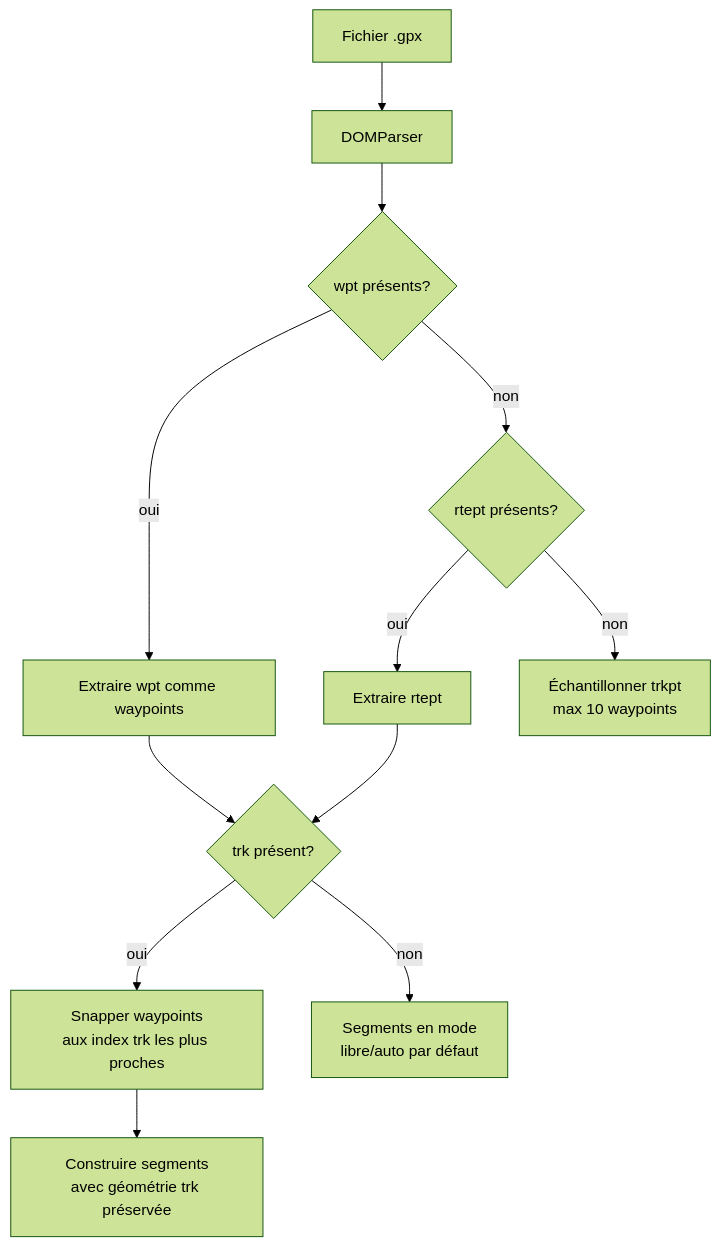
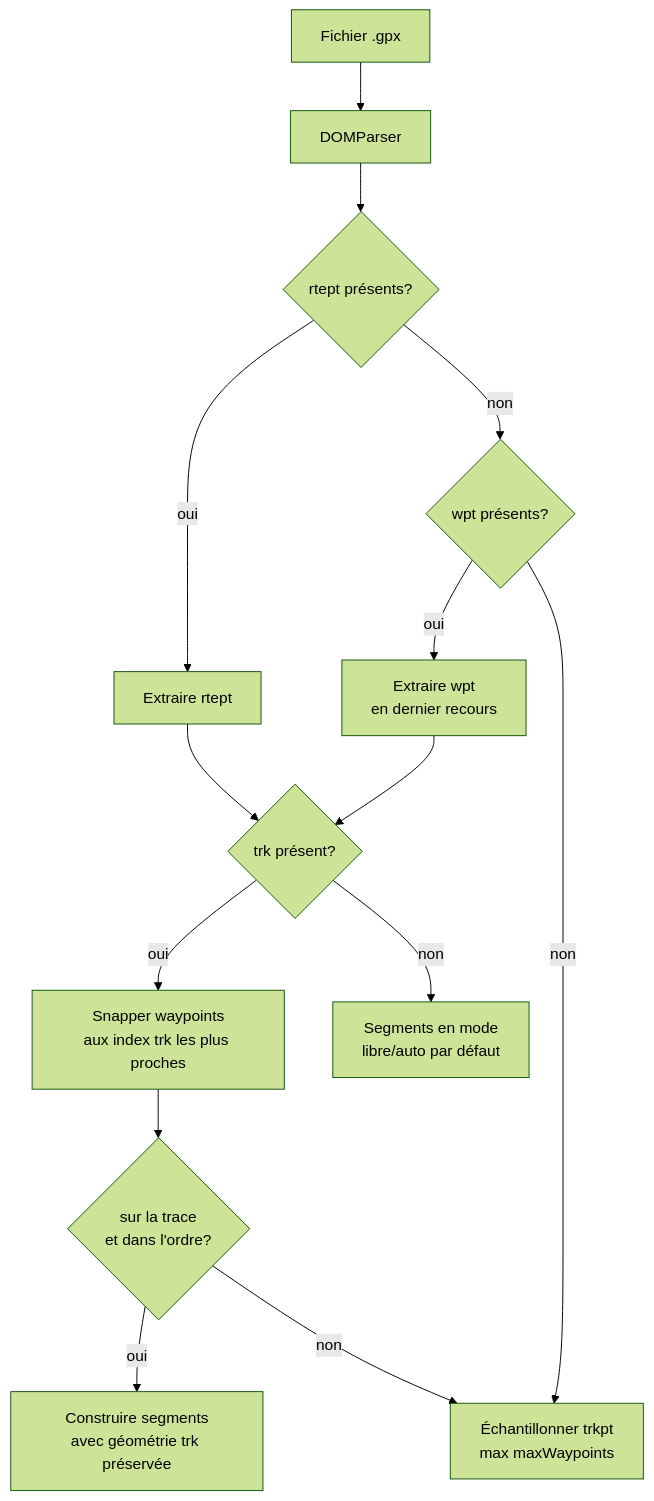
One commit to Plonk42/open-cairn changed the diagram in docs/SAVED_ROUTES_AND_GPX.md. Above: the diagram before and after it, drawn with Mermaid (forest theme). The commit also changed other lines of this file and 8 other files, not shown here.

````diff
--- a/docs/SAVED_ROUTES_AND_GPX.md
+++ b/docs/SAVED_ROUTES_AND_GPX.md
@@ -114,15 +143,17 @@
 ```mermaid
 flowchart TD
     GPX[Fichier .gpx] --> DOM[DOMParser]
-    DOM --> CHK{wpt présents?}
-    CHK -->|oui| WPT[Extraire wpt comme waypoints]
-    CHK -->|non| CHK2{rtept présents?}
-    CHK2 -->|oui| RTE[Extraire rtept]
-    CHK2 -->|non| TRK[Échantillonner trkpt<br/>max 10 waypoints]
+    DOM --> CHK{rtept présents?}
+    CHK -->|oui| RTE[Extraire rtept]
+    CHK -->|non| CHK2{wpt présents?}
+    CHK2 -->|oui| WPT[Extraire wpt<br/>en dernier recours]
+    CHK2 -->|non| TRK[Échantillonner trkpt<br/>max maxWaypoints]
 
     WPT --> TRACK{trk présent?}
     RTE --> TRACK
     TRACK -->|oui| SNAP[Snapper waypoints<br/>aux index trk les plus proches]
-    SNAP --> SEG[Construire segments<br/>avec géométrie trk préservée]
+    SNAP --> VALID{sur la trace<br/>et dans l'ordre?}
+    VALID -->|oui| SEG[Construire segments<br/>avec géométrie trk préservée]
+    VALID -->|non| TRK
     TRACK -->|non| SEGD[Segments en mode<br/>libre/auto par défaut]
 ```
````
